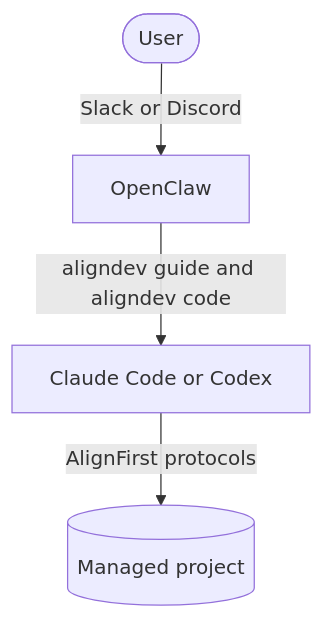
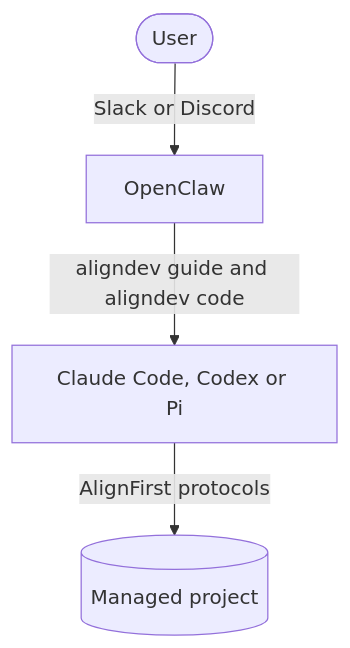
The diagram in packages/aligndev/README.md (paleo/alignfirst), drawn with Mermaid before and after one commit. The commit also changed other lines of this file and 141 other files, not shown here.

````diff
--- a/packages/aligndev/README.md
+++ b/packages/aligndev/README.md
@@ -105,6 +148,6 @@
 ```mermaid
 flowchart TD
   U([User]) -->|Slack or Discord| O[OpenClaw]
-  O -->|aligndev guide and aligndev code| CA[Claude Code or Codex]
+  O -->|aligndev guide and aligndev code| CA[Claude Code, Codex or Pi]
   CA -->|AlignFirst protocols| FS[(Managed project)]
 ```
````
